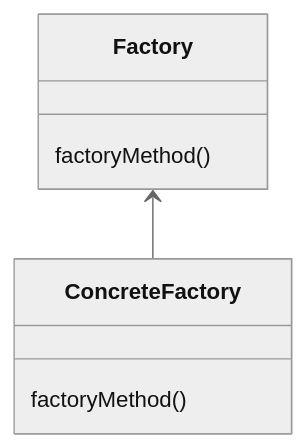
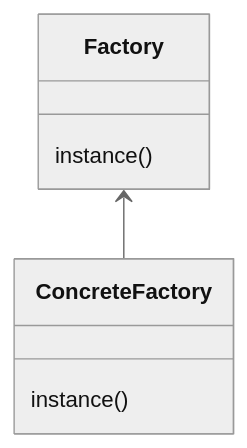
One commit to AhmedGharib0014/design_pattern_practice changed the first of 2 diagrams in design_pattern_practice/src/creational/factory/readme.md. Above: the diagram before and after it, drawn with Mermaid (neutral theme). The commit also changed other lines of this file, not shown here.

Commit message:
refactor :readme factory design pattern

````diff
--- a/design_pattern_practice/src/creational/factory/readme.md
+++ b/design_pattern_practice/src/creational/factory/readme.md
@@ -11,13 +20,13 @@
 ```mermaid
  classDiagram
     Factory <-- ConcreteFactory
  
     class Factory {
-     factoryMethod()
+       instance()
     } 
     
     class ConcreteFactory {
-       factoryMethod()
+       instance()
     }
    
 ```
````
